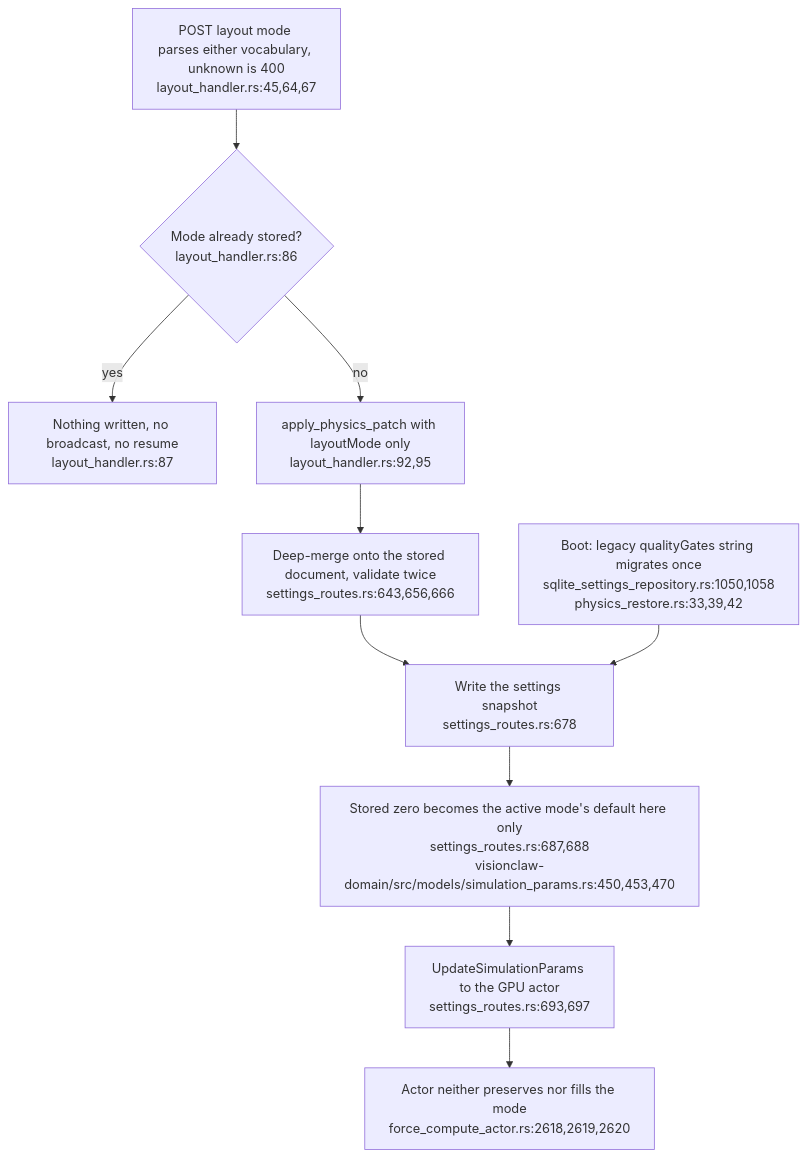
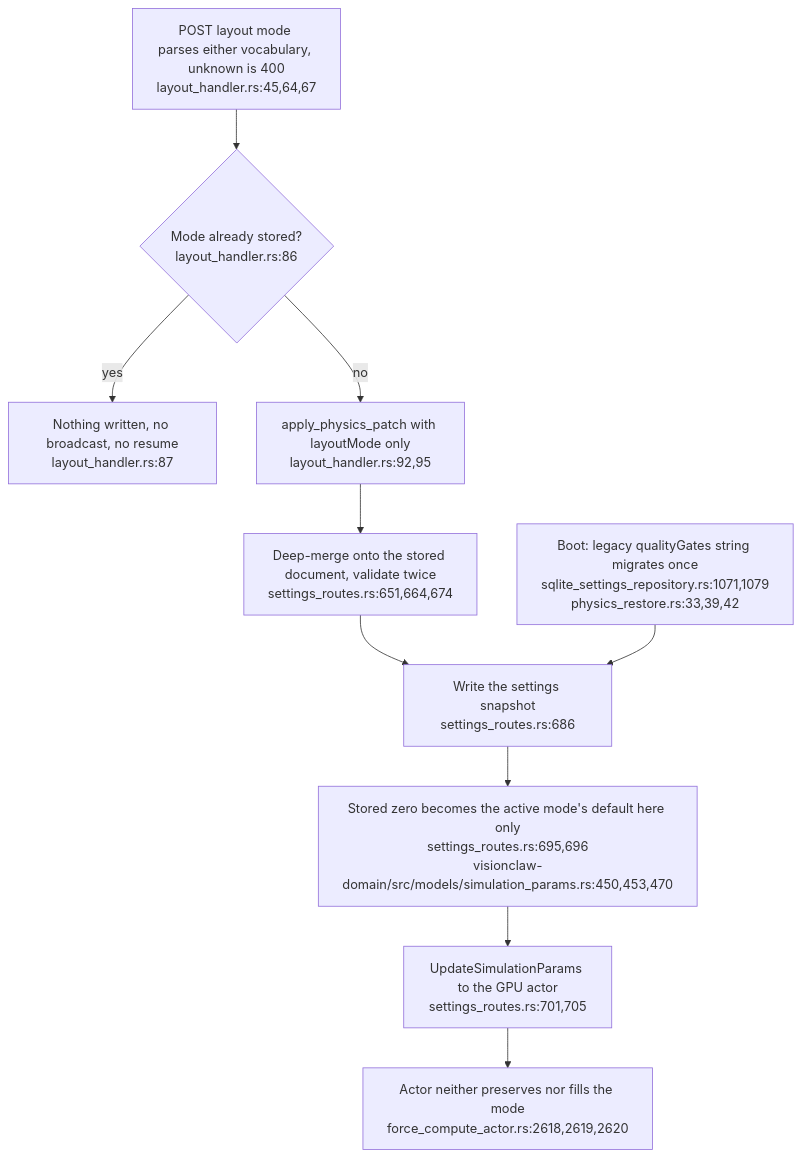
Before and after one commit to DreamLab-AI/VisionFlow: the first of 5 diagrams in docs/diagrams/visionclaw/54-layout-mode-step-cadence-and-settle.md, drawn with Mermaid. The commit also changed other lines of this file and 46 other files, not shown here.

Commit message:
docs(diagrams): re-verify VisionClaw topics at 809a859aa/a950f4d80 after the consolidation pass

````diff
--- a/docs/diagrams/visionclaw/54-layout-mode-step-cadence-and-settle.md
+++ b/docs/diagrams/visionclaw/54-layout-mode-step-cadence-and-settle.md
@@ -43,12 +43,12 @@
 ```mermaid
 flowchart TD
     POST["POST layout mode parses either vocabulary, unknown is 400<br/>layout_handler.rs:45,64,67"] --> SAME{"Mode already stored?<br/>layout_handler.rs:86"}
     SAME -->|yes| NOOP["Nothing written, no broadcast, no resume<br/>layout_handler.rs:87"]
     SAME -->|no| PATCH["apply_physics_patch with layoutMode only<br/>layout_handler.rs:92,95"]
-    PATCH --> MERGE["Deep-merge onto the stored document, validate twice<br/>settings_routes.rs:643,656,666"]
-    MERGE --> STORE["Write the settings snapshot<br/>settings_routes.rs:678"]
-    STORE --> RESOLVE["Stored zero becomes the active mode's default here only<br/>settings_routes.rs:687,688<br/>visionclaw-domain/src/models/simulation_params.rs:450,453,470"]
-    RESOLVE --> GPU["UpdateSimulationParams to the GPU actor<br/>settings_routes.rs:693,697"]
+    PATCH --> MERGE["Deep-merge onto the stored document, validate twice<br/>settings_routes.rs:651,664,674"]
+    MERGE --> STORE["Write the settings snapshot<br/>settings_routes.rs:686"]
+    STORE --> RESOLVE["Stored zero becomes the active mode's default here only<br/>settings_routes.rs:695,696<br/>visionclaw-domain/src/models/simulation_params.rs:450,453,470"]
+    RESOLVE --> GPU["UpdateSimulationParams to the GPU actor<br/>settings_routes.rs:701,705"]
     GPU --> ACTOR["Actor neither preserves nor fills the mode<br/>force_compute_actor.rs:2618,2619,2620"]
-    BOOT["Boot: legacy qualityGates string migrates once<br/>sqlite_settings_repository.rs:1050,1058<br/>physics_restore.rs:33,39,42"] --> STORE
+    BOOT["Boot: legacy qualityGates string migrates once<br/>sqlite_settings_repository.rs:1071,1079<br/>physics_restore.rs:33,39,42"] --> STORE
 ```
````
